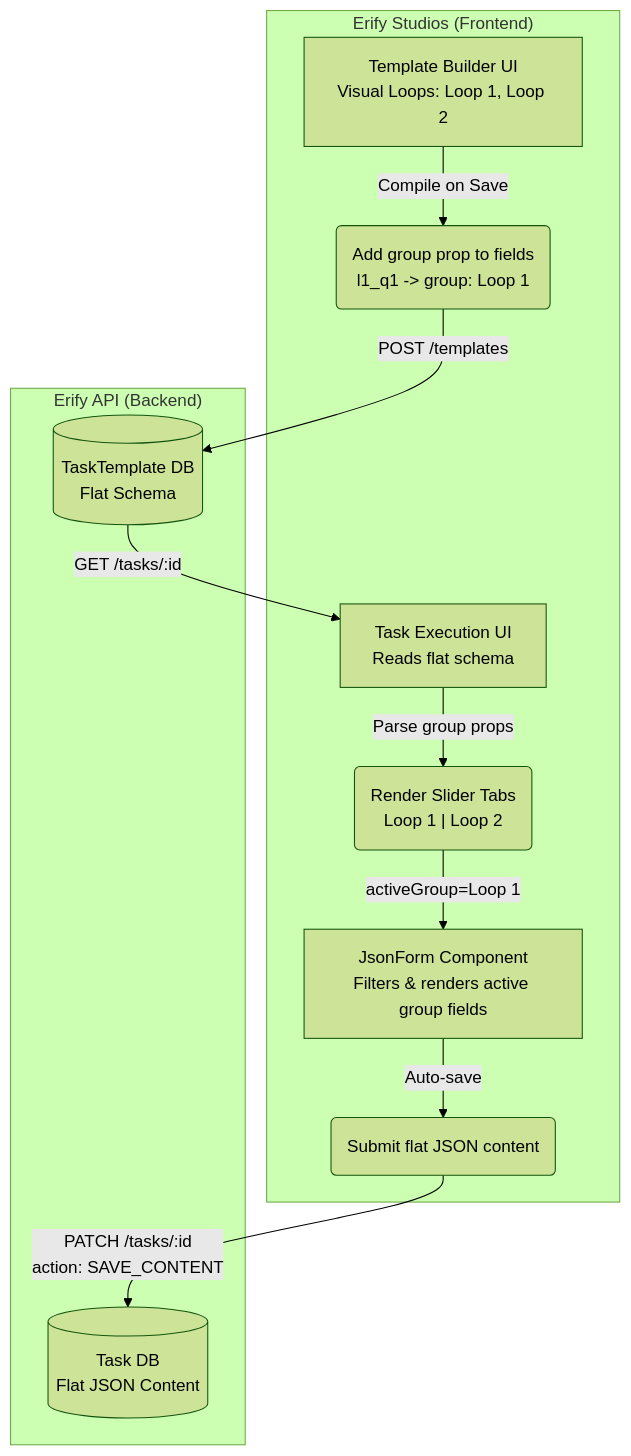
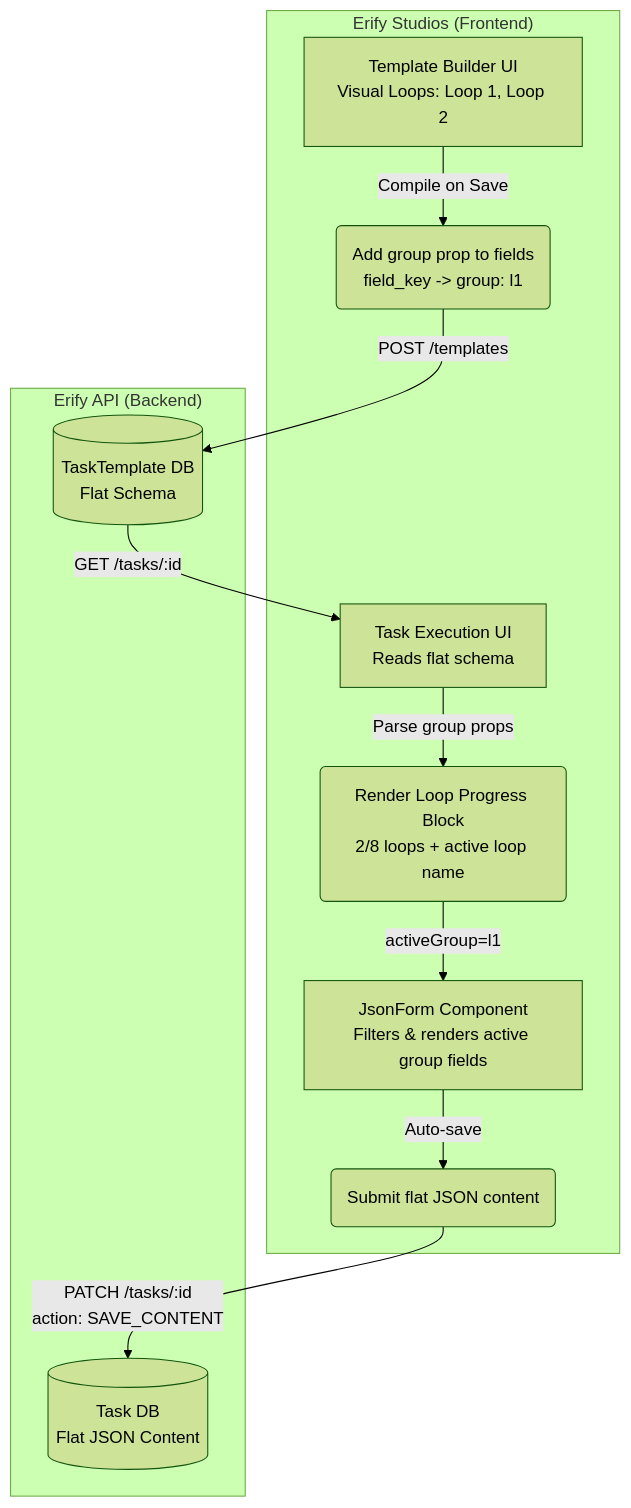
Before and after one commit to allenlin90/eridu-services: the diagram in apps/erify_studios/docs/design/MODERATION_WORKFLOW_DESIGN.md, drawn with Mermaid (forest theme). The commit also changed other lines of this file and 35 other files, not shown here.

````diff
--- a/apps/erify_studios/docs/design/MODERATION_WORKFLOW_DESIGN.md
+++ b/apps/erify_studios/docs/design/MODERATION_WORKFLOW_DESIGN.md
@@ -15,16 +15,16 @@
 ```mermaid
 graph TD
     subgraph "Erify Studios (Frontend)"
-        A["Template Builder UI<br/>Visual Loops: Loop 1, Loop 2"] -->|"Compile on Save"| B("Add group prop to fields<br/>l1_q1 -> group: Loop 1")
-        
-        D["Task Execution UI<br/>Reads flat schema"] -->|"Parse group props"| E("Render Slider Tabs<br/>Loop 1 | Loop 2")
-        E -->|"activeGroup=Loop 1"| F["JsonForm Component<br/>Filters & renders active group fields"]
+        A["Template Builder UI<br/>Visual Loops: Loop 1, Loop 2"] -->|"Compile on Save"| B("Add group prop to fields<br/>field_key -> group: l1")
+
+        D["Task Execution UI<br/>Reads flat schema"] -->|"Parse group props"| E("Render Loop Progress Block<br/>2/8 loops + active loop name")
+        E -->|"activeGroup=l1"| F["JsonForm Component<br/>Filters & renders active group fields"]
         F -->|"Auto-save"| G("Submit flat JSON content")
     end
     
     subgraph "Erify API (Backend)"
         B -->|"POST /templates"| C[("TaskTemplate DB<br/>Flat Schema")]
         C -->|"GET /tasks/:id"| D
         G -->|"PATCH /tasks/:id<br/>action: SAVE_CONTENT"| H[("Task DB<br/>Flat JSON Content")]
     end
 ```
````
